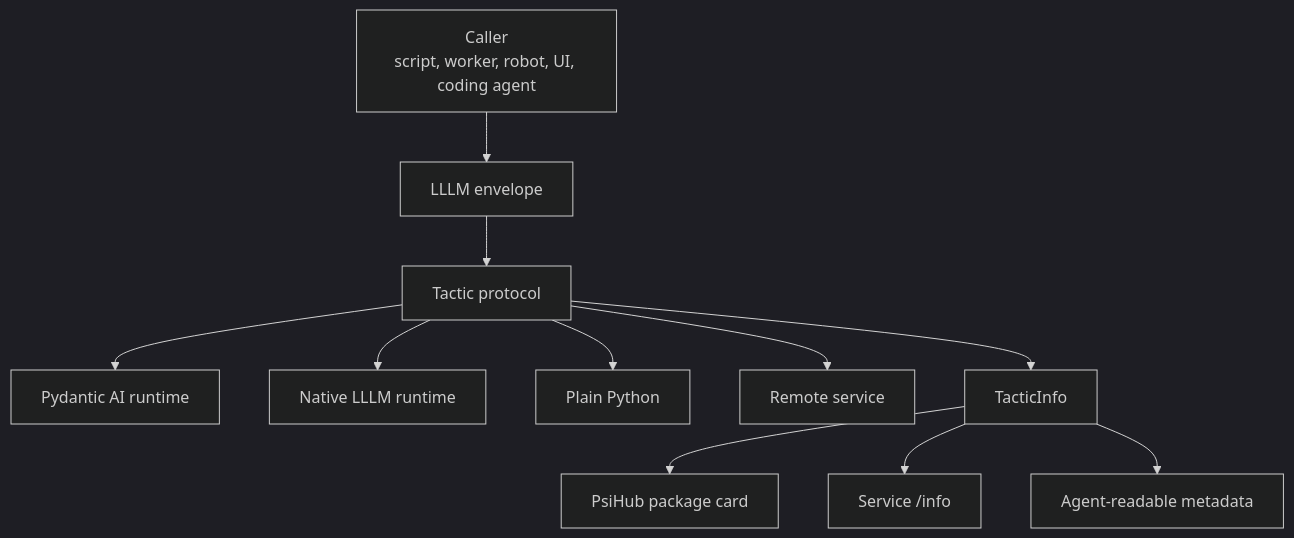
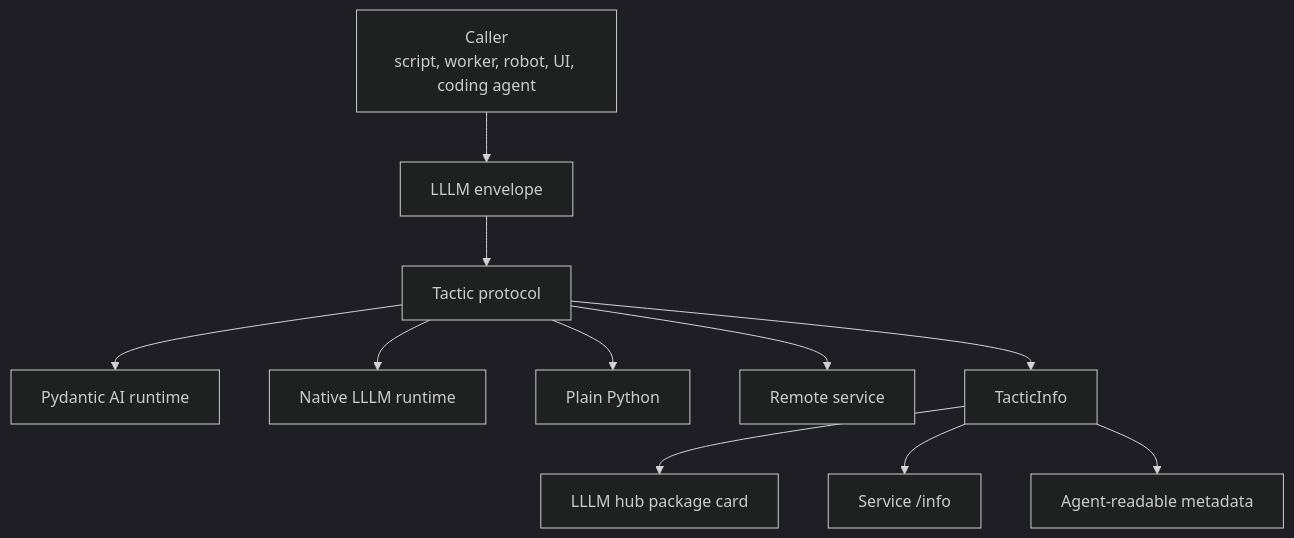
One commit to Productive-Superintelligence/lllm changed the first of 2 diagrams in docs/protocol/index.md. Above: the diagram before and after it, drawn with Mermaid (dark theme). The commit also changed other lines of this file and 58 other files, not shown here.

First line of the commit message:
Add lllm.hub and unify the package manifest as lllm.toml

````diff
--- a/docs/protocol/index.md
+++ b/docs/protocol/index.md
@@ -50,13 +50,13 @@
 ```mermaid
 flowchart TD
   U["Caller\nscript, worker, robot, UI, coding agent"] --> E["LLLM envelope"]
   E --> T["Tactic protocol"]
   T --> P["Pydantic AI runtime"]
   T --> N["Native LLLM runtime"]
   T --> C["Plain Python"]
   T --> R["Remote service"]
   T --> I["TacticInfo"]
-  I --> H["PsiHub package card"]
+  I --> H["LLLM hub package card"]
   I --> S["Service /info"]
   I --> A["Agent-readable metadata"]
 ```
````
